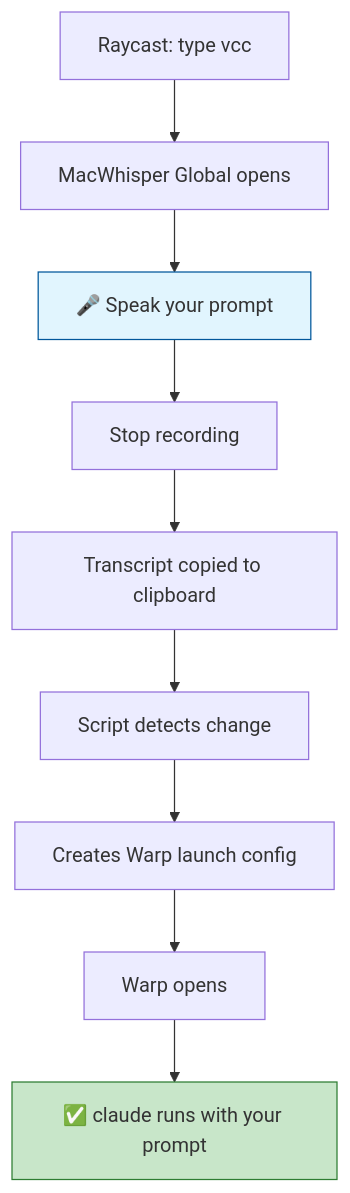
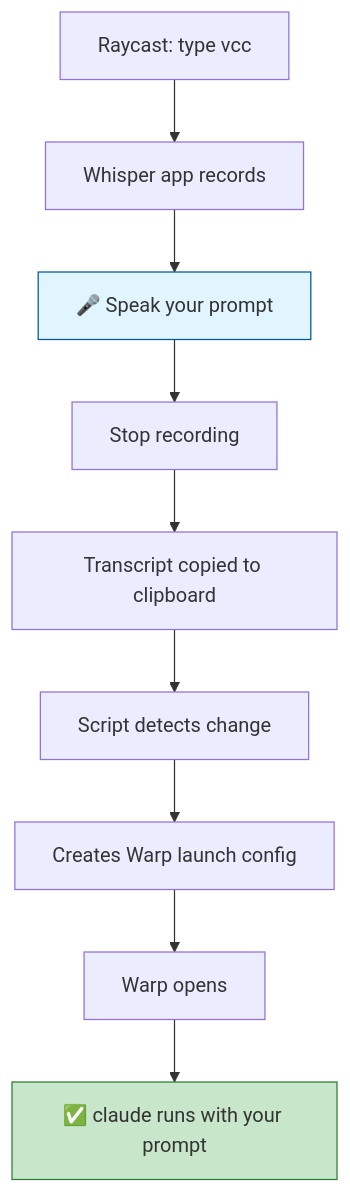
The first of 6 diagrams in README.md (gaiar/voice-to-claude-raycast), drawn with Mermaid before and after one commit. The commit also changed other lines of this file and 5 other files, not shown here.

First line of the commit message:
feat: support multiple whisper apps (MacWhisper, Superwhisper)

````diff
--- a/README.md
+++ b/README.md
@@ -9,14 +9,14 @@
 ```mermaid
 flowchart TD
-    A[Raycast: type vcc] --> B[MacWhisper Global opens]
+    A[Raycast: type vcc] --> B[Whisper app records]
     B --> C[🎤 Speak your prompt]
     C --> D[Stop recording]
     D --> E[Transcript copied to clipboard]
     E --> F[Script detects change]
     F --> G[Creates Warp launch config]
     G --> H[Warp opens]
     H --> I[✅ claude runs with your prompt]
 
     style C fill:#e1f5fe,stroke:#01579b
     style I fill:#c8e6c9,stroke:#2e7d32
 ```
````
